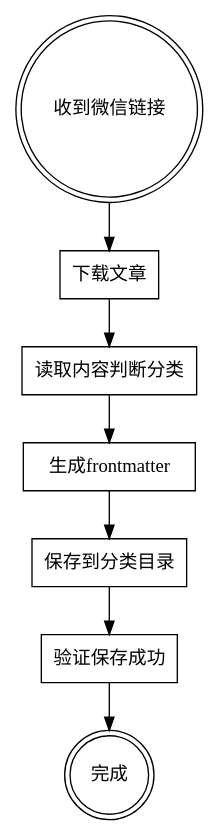
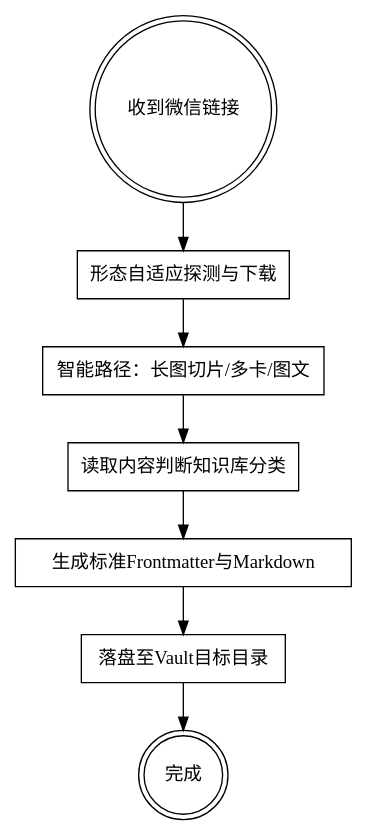
One commit to momo0338/skills changed the diagram in mp-save/SKILL.md. Above: the diagram before and after it, drawn with Graphviz. The commit also changed other lines of this file and 132 other files, not shown here.

````diff
--- a/mp-save/SKILL.md
+++ b/mp-save/SKILL.md
@@ -20,18 +20,18 @@
 ```dot
 digraph weixin_save {
     "收到微信链接" [shape=doublecircle];
-    "下载文章" [shape=box];
-    "读取内容判断分类" [shape=box];
-    "生成frontmatter" [shape=box];
-    "保存到分类目录" [shape=box];
-    "验证保存成功" [shape=box];
+    "形态自适应探测与下载" [shape=box];
+    "智能路径：长图切片/多卡/图文" [shape=box];
+    "读取内容判断知识库分类" [shape=box];
+    "生成标准Frontmatter与Markdown" [shape=box];
+    "落盘至Vault目标目录" [shape=box];
     "完成" [shape=doublecircle];
 
-    "收到微信链接" -> "下载文章";
-    "下载文章" -> "读取内容判断分类";
-    "读取内容判断分类" -> "生成frontmatter";
-    "生成frontmatter" -> "保存到分类目录";
-    "保存到分类目录" -> "验证保存成功";
-    "验证保存成功" -> "完成";
+    "收到微信链接" -> "形态自适应探测与下载";
+    "形态自适应探测与下载" -> "智能路径：长图切片/多卡/图文";
+    "智能路径：长图切片/多卡/图文" -> "读取内容判断知识库分类";
+    "读取内容判断知识库分类" -> "生成标准Frontmatter与Markdown";
+    "生成标准Frontmatter与Markdown" -> "落盘至Vault目标目录";
+    "落盘至Vault目标目录" -> "完成";
 }
 ```
````
